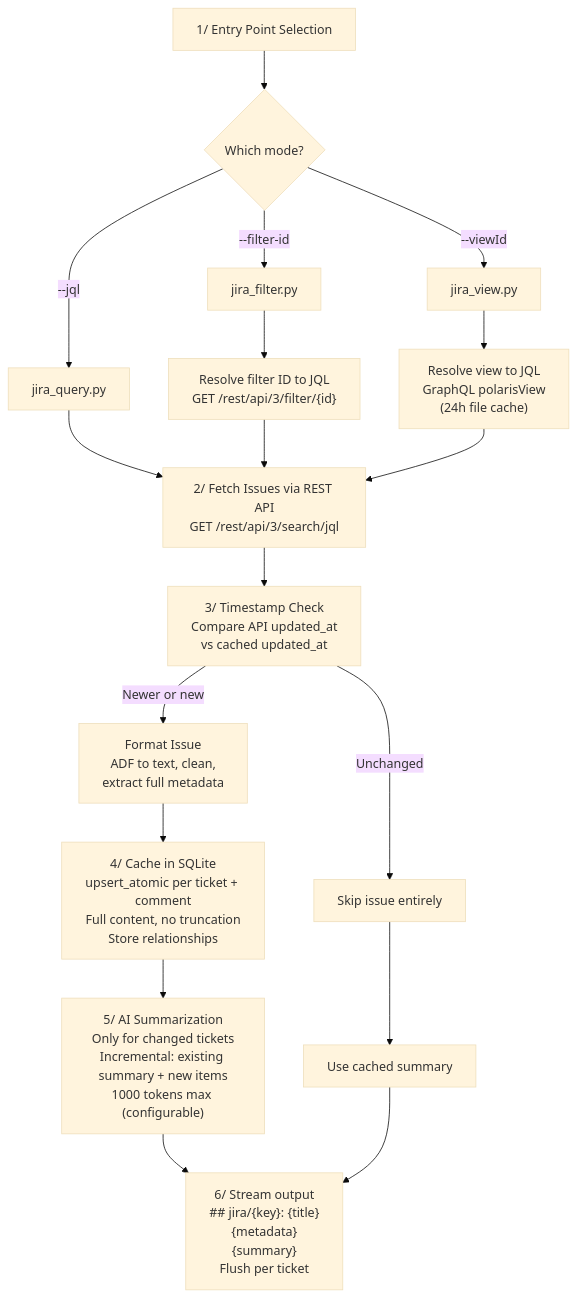
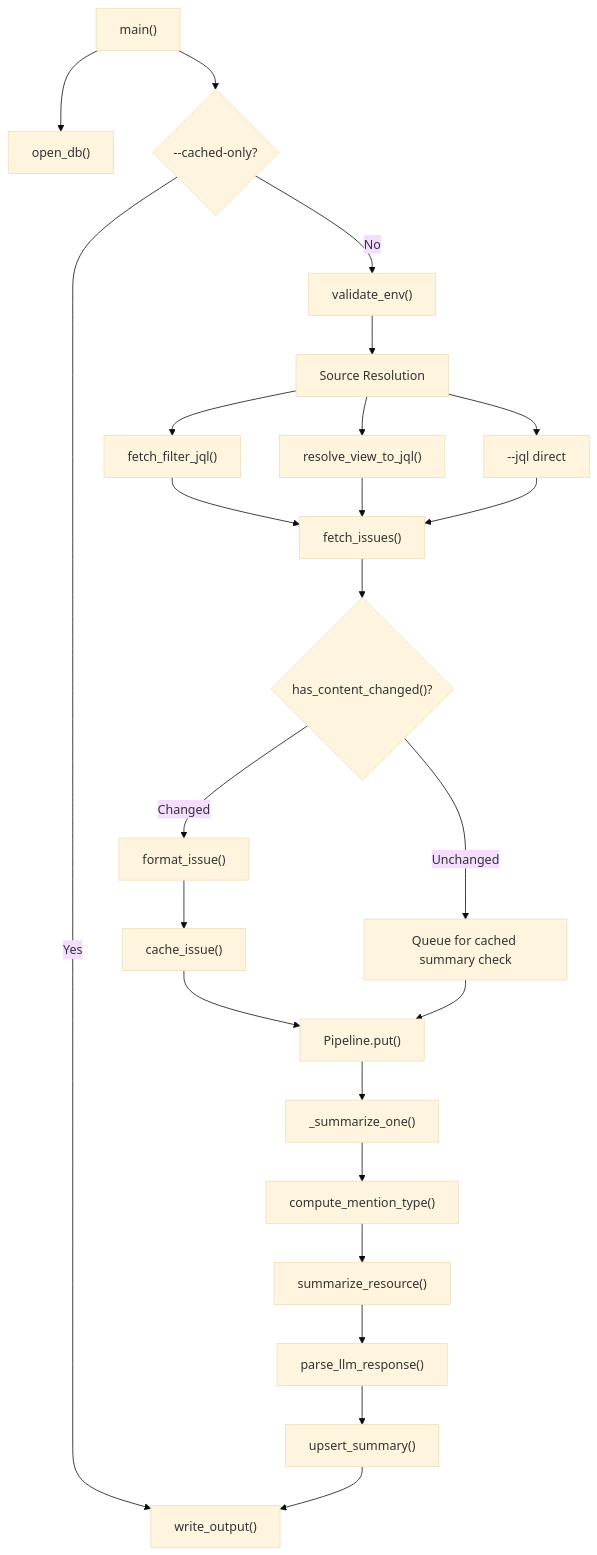
The first of 3 diagrams in skills/jira/_architecture.md (MichaelBui/AgentZero), drawn with Mermaid (base theme) before and after one commit. The commit also changed other lines of this file and 34 other files, not shown here.

````diff
--- a/skills/jira/_architecture.md
+++ b/skills/jira/_architecture.md
@@ -8,25 +7,31 @@
 ```mermaid
 flowchart TD
-    A["1/ Entry Point Selection"] --> B{"Which mode?"}
-    B -->|"--jql"| C["jira_query.py"]
-    B -->|"--filter-id"| D["jira_filter.py"]
-    B -->|"--viewId"| E["jira_view.py"]
+    A["main()"] --> B["open_db()"]
+    A --> C{"--cached-only?"}
+    C -->|Yes| W["write_output()"]
+    C -->|No| D["validate_env()"]
+    D --> E["Source Resolution"]
 
-    D --> D1["Resolve filter ID to JQL\nGET /rest/api/3/filter/{id}"]
-    E --> E1["Resolve view to JQL\nGraphQL polarisView\n(24h file cache)"]
+    E --> E1["fetch_filter_jql()"]
+    E --> E2["resolve_view_to_jql()"]
+    E --> E3["--jql direct"]
 
-    C --> F["2/ Fetch Issues via REST API\nGET /rest/api/3/search/jql"]
-    D1 --> F
-    E1 --> F
+    E1 --> F["fetch_issues()"]
+    E2 --> F
+    E3 --> F
 
-    F --> G["3/ Timestamp Check\nCompare API updated_at\nvs cached updated_at"]
-    G -->|"Unchanged"| G1["Skip issue entirely"]
-    G -->|"Newer or new"| G2["Format Issue\nADF to text, clean,\nextract full metadata"]
+    F --> G{"has_content_changed()?"}
+    G -->|Unchanged| H["Queue for cached summary check"]
+    G -->|Changed| I["format_issue()"]
+    I --> J["cache_issue()"]
+    J --> K["Pipeline.put()"]
+    H --> K
 
-    G2 --> H["4/ Cache in SQLite\nupsert_atomic per ticket + comment\nFull content, no truncation\nStore relationships"]
+    K --> L["_summarize_one()"]
+    L --> L1["compute_mention_type()"]
+    L1 --> L2["summarize_resource()"]
+    L2 --> L3["parse_llm_response()"]
+    L3 --> L4["upsert_summary()"]
 
-    H --> K["5/ AI Summarization\nOnly for changed tickets\nIncremental: existing summary + new items\n1000 tokens max (configurable)"]
-    G1 --> L["Use cached summary"]
-    K --> M["6/ Stream output\n## jira/{key}: {title}\n{metadata}\n{summary}\nFlush per ticket"]
-    L --> M
+    L4 --> W
 ```
````
